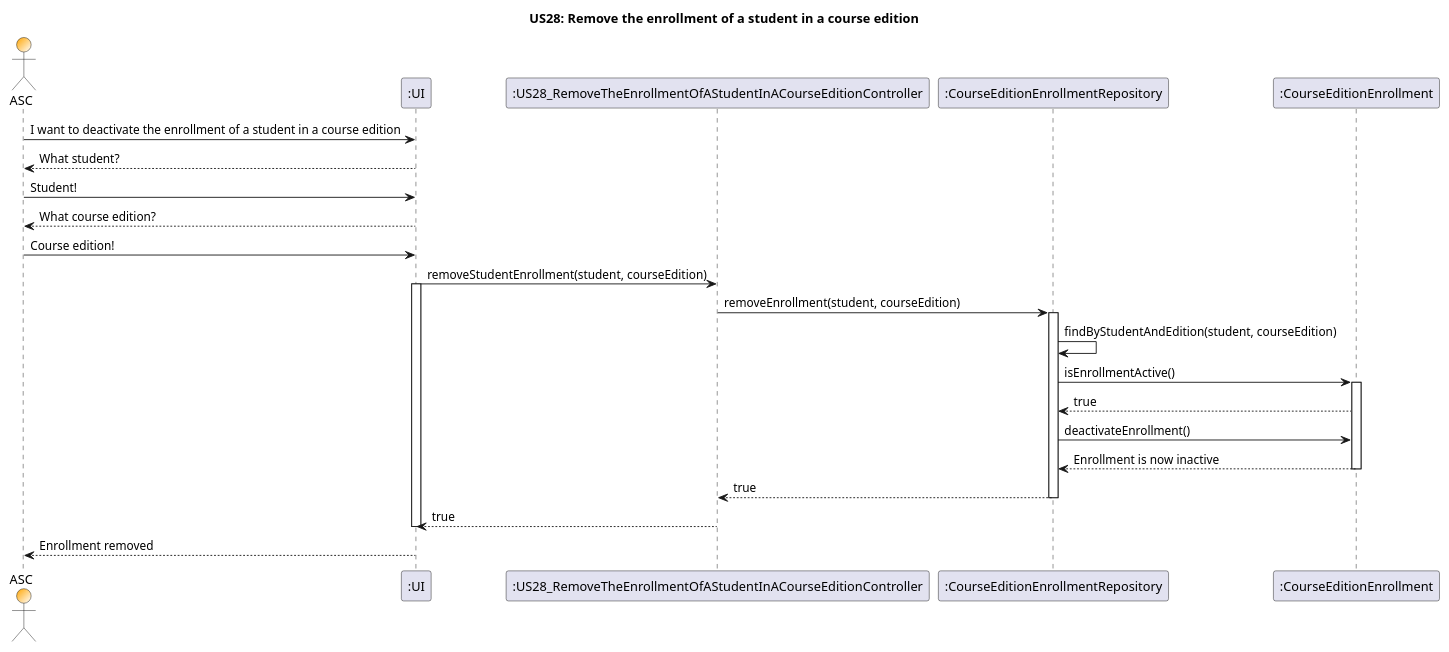
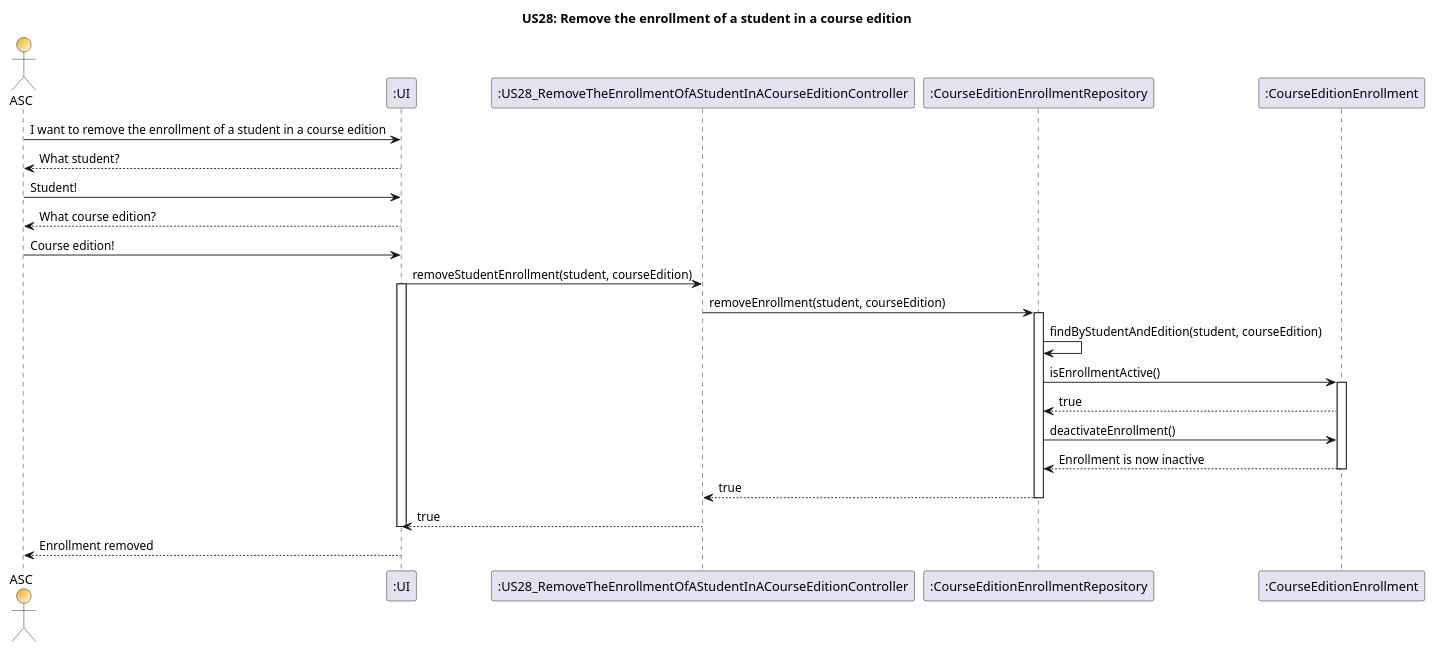
One commit to GasparISEP/DevOps-PAI changed the diagram in docs/US28/US28_RemoveTheEnrollmentOfAStudentInACourseEdition_SequenceDiagram.puml. Above: the diagram before and after it, drawn with PlantUML.

Commit message:
Fix incorrect word in US28_SequenceDiagram

```diff
--- a/docs/US28/US28_RemoveTheEnrollmentOfAStudentInACourseEdition_SequenceDiagram.puml
+++ b/docs/US28/US28_RemoveTheEnrollmentOfAStudentInACourseEdition_SequenceDiagram.puml
@@ -1,38 +1,38 @@
 @startuml
 
 title US28: Remove the enrollment of a student in a course edition
 
 actor ASC #Orange/White
 participant ":UI" as UI
 participant ":US28_RemoveTheEnrollmentOfAStudentInACourseEditionController" as Controller
 participant ":CourseEditionEnrollmentRepository" as Repository
 participant ":CourseEditionEnrollment" as Enrollment
 
-ASC -> UI : I want to deactivate the enrollment of a student in a course edition
+ASC -> UI : I want to remove the enrollment of a student in a course edition
 UI --> ASC : What student?
 ASC -> UI : Student!
 UI --> ASC : What course edition?
 ASC -> UI : Course edition!
 
 UI -> Controller : removeStudentEnrollment(student, courseEdition)
 activate UI
 
 Controller -> Repository : removeEnrollment(student, courseEdition)
 activate Repository
 Repository -> Repository : findByStudentAndEdition(student, courseEdition)
 
 Repository -> Enrollment : isEnrollmentActive()
 activate Enrollment
 Enrollment --> Repository : true
 Repository -> Enrollment : deactivateEnrollment()
 Enrollment --> Repository : Enrollment is now inactive
 deactivate Enrollment
 
 Repository --> Controller : true
 deactivate Repository
 
 Controller --> UI : true
 deactivate UI
 UI --> ASC : Enrollment removed
 
 @enduml
```
